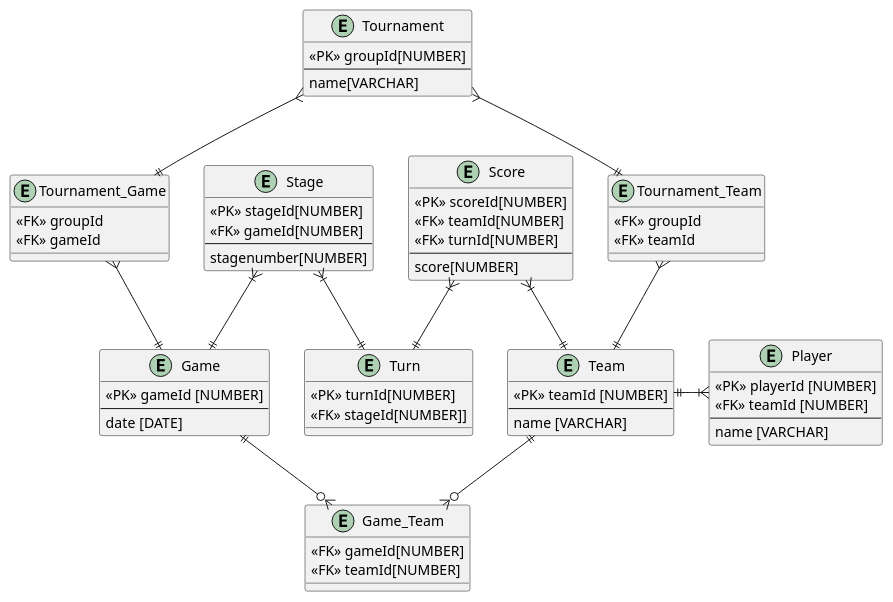
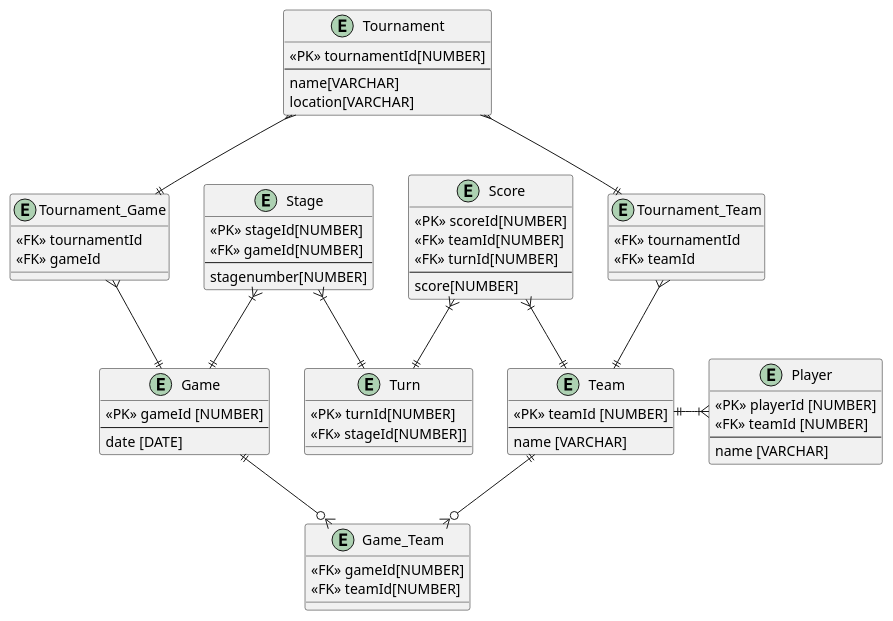
The diagram in EispunktERD.puml (2425-4bhitm-itp/eispunkt), drawn with PlantUML before and after one commit.

Commit message:
doc: fixed a typo and added location to tournament

```diff
--- a/EispunktERD.puml
+++ b/EispunktERD.puml
@@ -1,73 +1,74 @@
 @startuml
     entity Game{
         <<PK>> gameId [NUMBER]
         --
         date [DATE]
     }
 
     entity Game_Team{
         <<FK>> gameId[NUMBER]
         <<FK>> teamId[NUMBER]
     }
 
     entity Team{
         <<PK>> teamId [NUMBER]
         --
         name [VARCHAR]
     }
 
     entity Player{
         <<PK>> playerId [NUMBER]
         <<FK>> teamId [NUMBER]
         --
         name [VARCHAR]
     }
 
     entity Stage{
         <<PK>> stageId[NUMBER]
         <<FK>> gameId[NUMBER]
         --
         stagenumber[NUMBER]
     }
 
     entity Turn {
         <<PK>> turnId[NUMBER]
         <<FK>> stageId[NUMBER]]
     }
 
     entity Score{
         <<PK>> scoreId[NUMBER]
         <<FK>> teamId[NUMBER]
         <<FK>> turnId[NUMBER]
         --
         score[NUMBER]
     }
 
     entity Tournament {
-        <<PK>> groupId[NUMBER]
+        <<PK>> tournamentId[NUMBER]
         --
         name[VARCHAR]
+        location[VARCHAR]
     }
 
     entity Tournament_Game {
-        <<FK>> groupId
+        <<FK>> tournamentId
         <<FK>> gameId
     }
 
     entity Tournament_Team {
-        <<FK>> groupId
+        <<FK>> tournamentId
         <<FK>> teamId
     }
 
     Team||--o{Game_Team
     Game||--o{Game_Team
     Stage}|-||Game
     Team||-|{Player
     Score}|--||Team
     Score}|--||Turn
     Stage}|--||Turn
     Tournament}--||Tournament_Team
     Tournament}--||Tournament_Game
     Tournament_Team}--||Team
     Tournament_Game}--||Game
 @enduml
```
